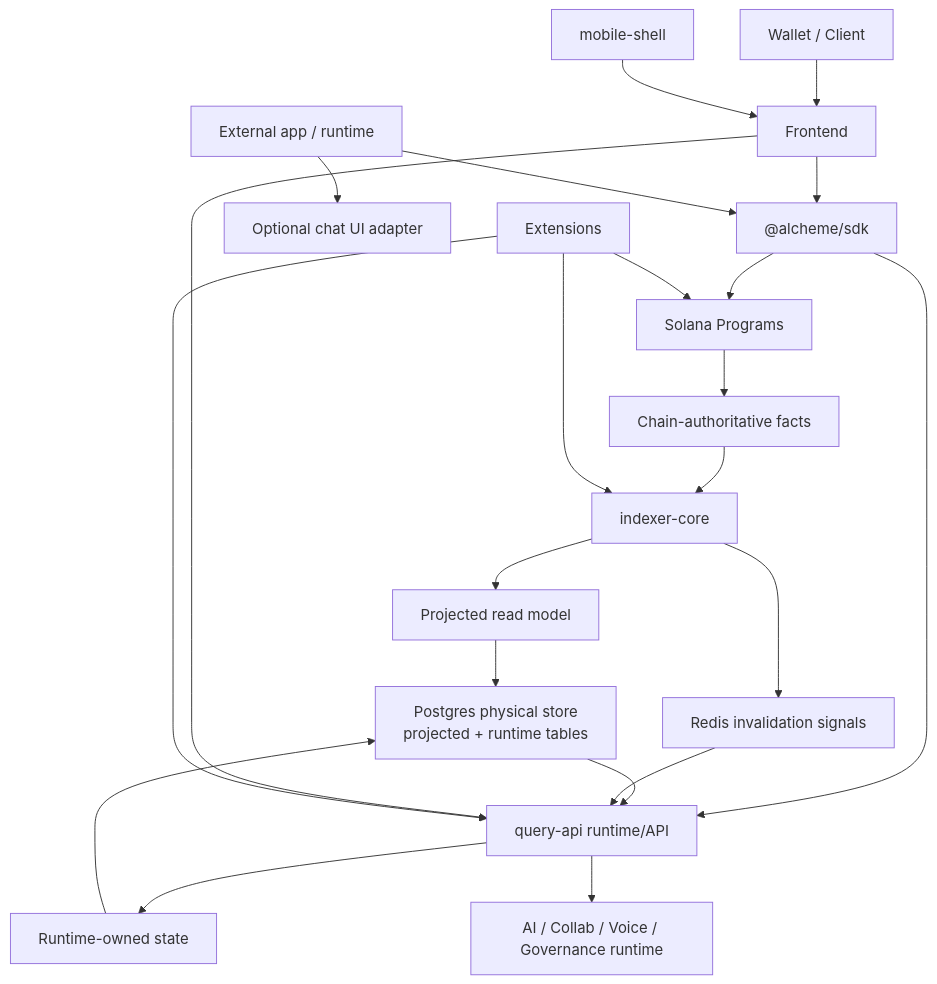
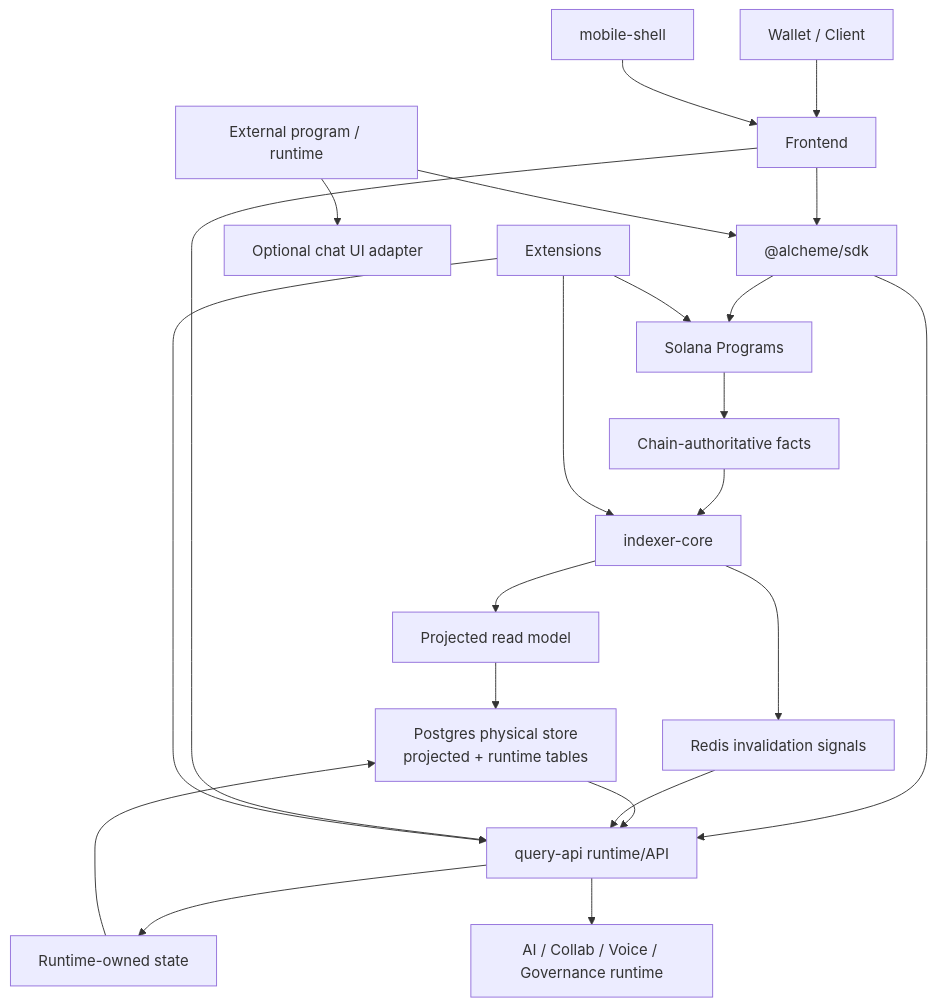
Before and after one commit to alcheme-labs/alcheme-protocol: the diagram in README.md, drawn with Mermaid. The commit also changed other lines of this file and 18 other files, not shown here.

Commit message:
Document external program integration quickstart

````diff
--- a/README.md
+++ b/README.md
@@ -129,28 +129,28 @@
 ```mermaid
 flowchart TB
     Client["Wallet / Client"] --> Frontend["Frontend"]
     Mobile["mobile-shell"] --> Frontend
     Frontend --> SDK["@alcheme/sdk"]
-    External["External app / runtime"] --> SDK
+    External["External program / runtime"] --> SDK
     External --> ChatAdapter["Optional chat UI adapter"]
 
     SDK --> Programs["Solana Programs"]
     SDK --> QueryApi
     Programs --> Chain["Chain-authoritative facts"]
 
     Chain --> Indexer["indexer-core"]
     Indexer --> Projected["Projected read model"]
     Indexer --> Invalidation["Redis invalidation signals"]
     Projected --> Postgres["Postgres physical store\nprojected + runtime tables"]
 
     QueryApi["query-api runtime/API"] --> RuntimeState["Runtime-owned state"]
     RuntimeState --> Postgres
     Postgres --> QueryApi
     Invalidation --> QueryApi
     Frontend --> QueryApi
     QueryApi --> Runtime["AI / Collab / Voice / Governance runtime"]
 
     Extensions["Extensions"] --> Programs
     Extensions --> QueryApi
     Extensions --> Indexer
 ```
````
